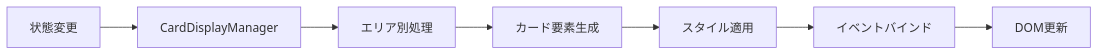
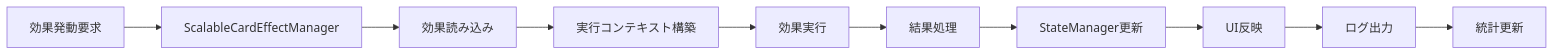
Diagram 14 of 21 in battle_simulator/docs/STATE_FLOW.md (ikachan-desuyo/hololive_card_list_check), drawn with Mermaid before and after one commit. The commit also changed other lines of this file and 10 other files, not shown here.

````diff
--- a/battle_simulator/docs/STATE_FLOW.md
+++ b/battle_simulator/docs/STATE_FLOW.md
@@ -171,9 +271,12 @@
 ```mermaid
 flowchart LR
-    A[状態変更] --> B[CardDisplayManager]
-    B --> C[エリア別処理]
-    C --> D[カード要素生成]
-    D --> E[スタイル適用]
-    E --> F[イベントバインド]
-    F --> G[DOM更新]
+    A[効果発動要求] --> B[ScalableCardEffectManager]
+    B --> C[効果読み込み]
+    C --> D[実行コンテキスト構築]
+    D --> E[効果実行]
+    E --> F[結果処理]
+    F --> G[StateManager更新]
+    G --> H[UI反映]
+    H --> I[ログ出力]
+    I --> J[統計更新]
 ```
````
